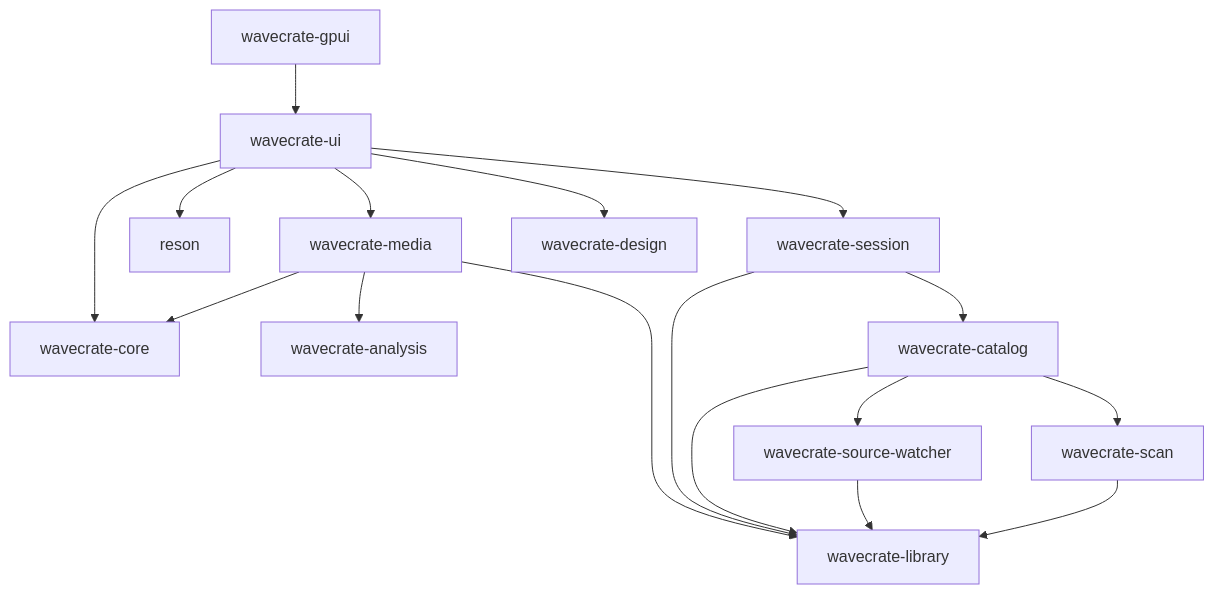
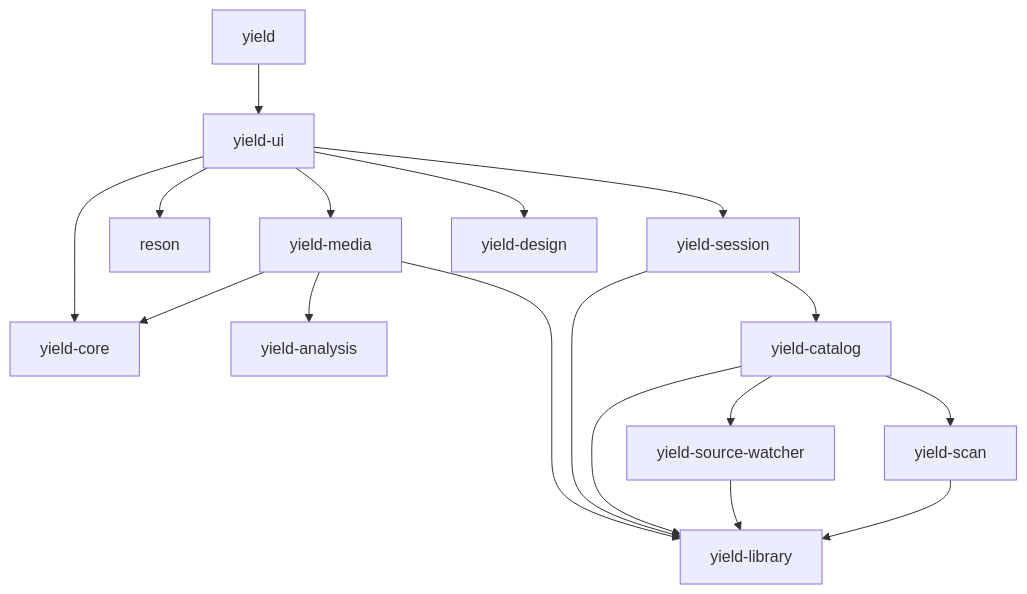
One commit to fromvoid-audio/yield changed the diagram in docs/GPUI_ARCHITECTURE.md. Above: the diagram before and after it, drawn with Mermaid. The commit also changed other lines of this file and 590 other files, not shown here.

Commit message:
Rename GPUI product and workspace to Yield

````diff
--- a/docs/GPUI_ARCHITECTURE.md
+++ b/docs/GPUI_ARCHITECTURE.md
@@ -31,19 +31,19 @@
 ```mermaid
 flowchart TD
-    Launcher[wavecrate-gpui] --> UI[wavecrate-ui]
-    UI --> Core[wavecrate-core]
-    UI --> Media[wavecrate-media]
+    Launcher[yield] --> UI[yield-ui]
+    UI --> Core[yield-core]
+    UI --> Media[yield-media]
     UI --> Audio[reson]
-    UI --> Session[wavecrate-session]
+    UI --> Session[yield-session]
     Media --> Core
-    Media --> Library[wavecrate-library]
-    Media --> Analysis[wavecrate-analysis]
-    UI --> Design[wavecrate-design]
+    Media --> Library[yield-library]
+    Media --> Analysis[yield-analysis]
+    UI --> Design[yield-design]
     Session --> Library
     Session --> Catalog
-    Catalog[wavecrate-catalog] --> Library
+    Catalog[yield-catalog] --> Library
     Catalog --> Scan
     Catalog --> Watcher
-    Watcher[wavecrate-source-watcher] --> Library
-    Scan[wavecrate-scan] --> Library
+    Watcher[yield-source-watcher] --> Library
+    Scan[yield-scan] --> Library
 ```
````
